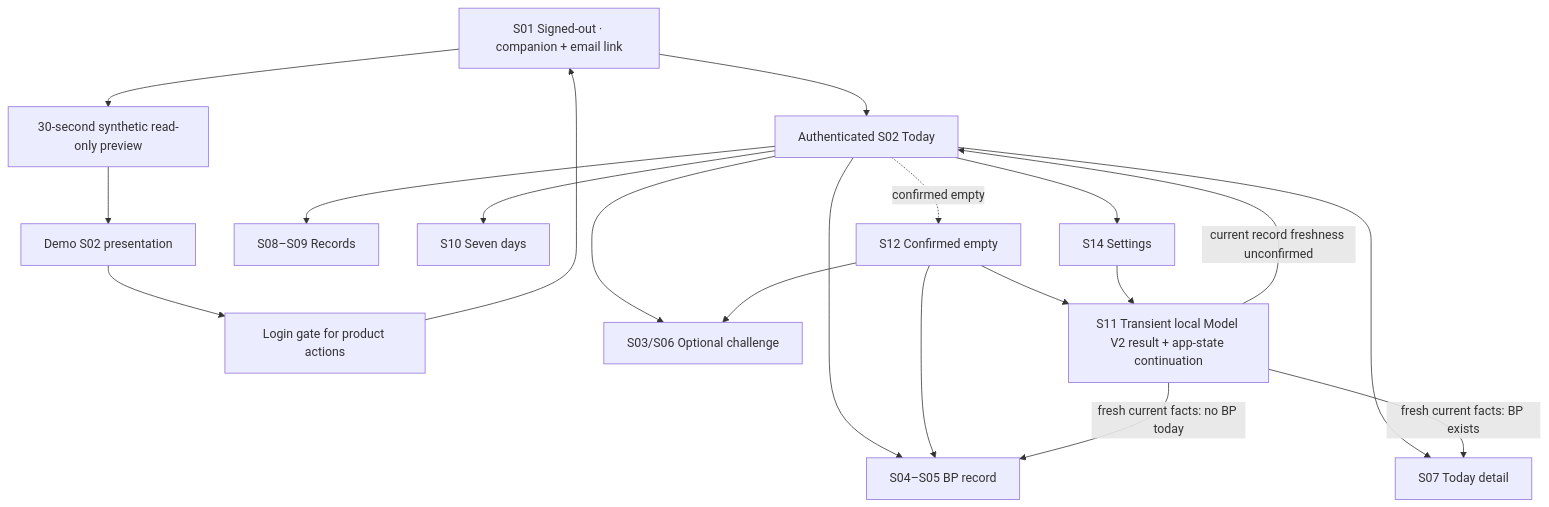
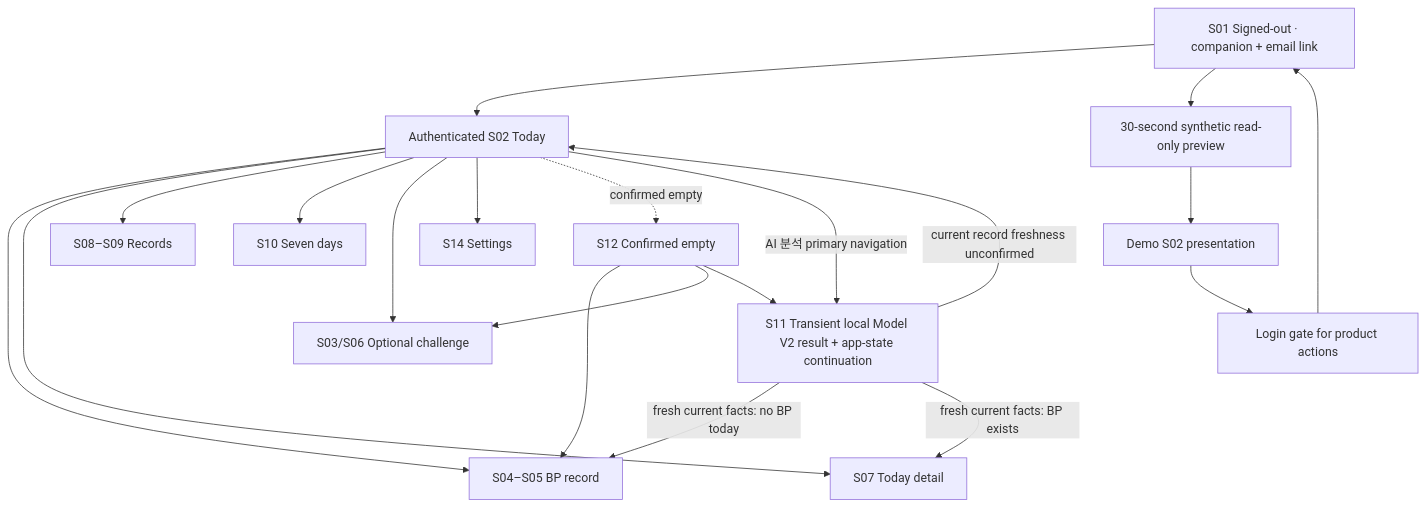
One commit to AI-HealthCare-05/AH_05_07 changed the first of 2 diagrams in docs/ux-flow.md. Above: the diagram before and after it, drawn with Mermaid. The commit also changed other lines of this file and 11 other files, not shown here.

First line of the commit message:
feat(web): restore AI analysis to primary navigation

````diff
--- a/docs/ux-flow.md
+++ b/docs/ux-flow.md
@@ -5,22 +5,22 @@
 ```mermaid
 flowchart TD
     A["S01 Signed-out · companion + email link"] --> B["Authenticated S02 Today"]
     A --> P["30-second synthetic read-only preview"]
     P --> Q["Demo S02 presentation"]
     Q --> R["Login gate for product actions"]
     R --> A
     B --> C["S04–S05 BP record"]
     B --> D["S07 Today detail"]
     B --> E["S08–S09 Records"]
     B --> F["S10 Seven days"]
     B --> G["S03/S06 Optional challenge"]
     B --> H["S14 Settings"]
     B -. confirmed empty .-> J["S12 Confirmed empty"]
     J --> C
     J --> G
     J --> I["S11 Transient local Model V2 result + app-state continuation"]
-    H --> I
+    B -->|AI 분석 primary navigation| I
     I -->|fresh current facts: no BP today| C
     I -->|fresh current facts: BP exists| D
     I -->|current record freshness unconfirmed| B
 ```
````
